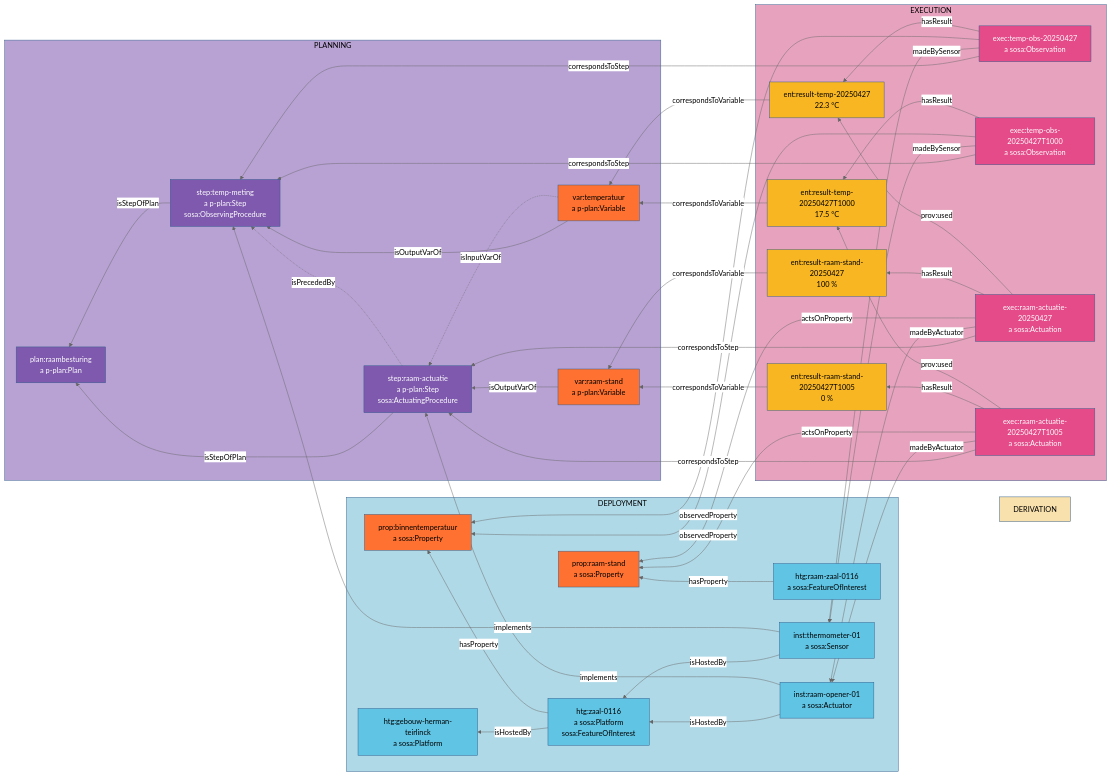
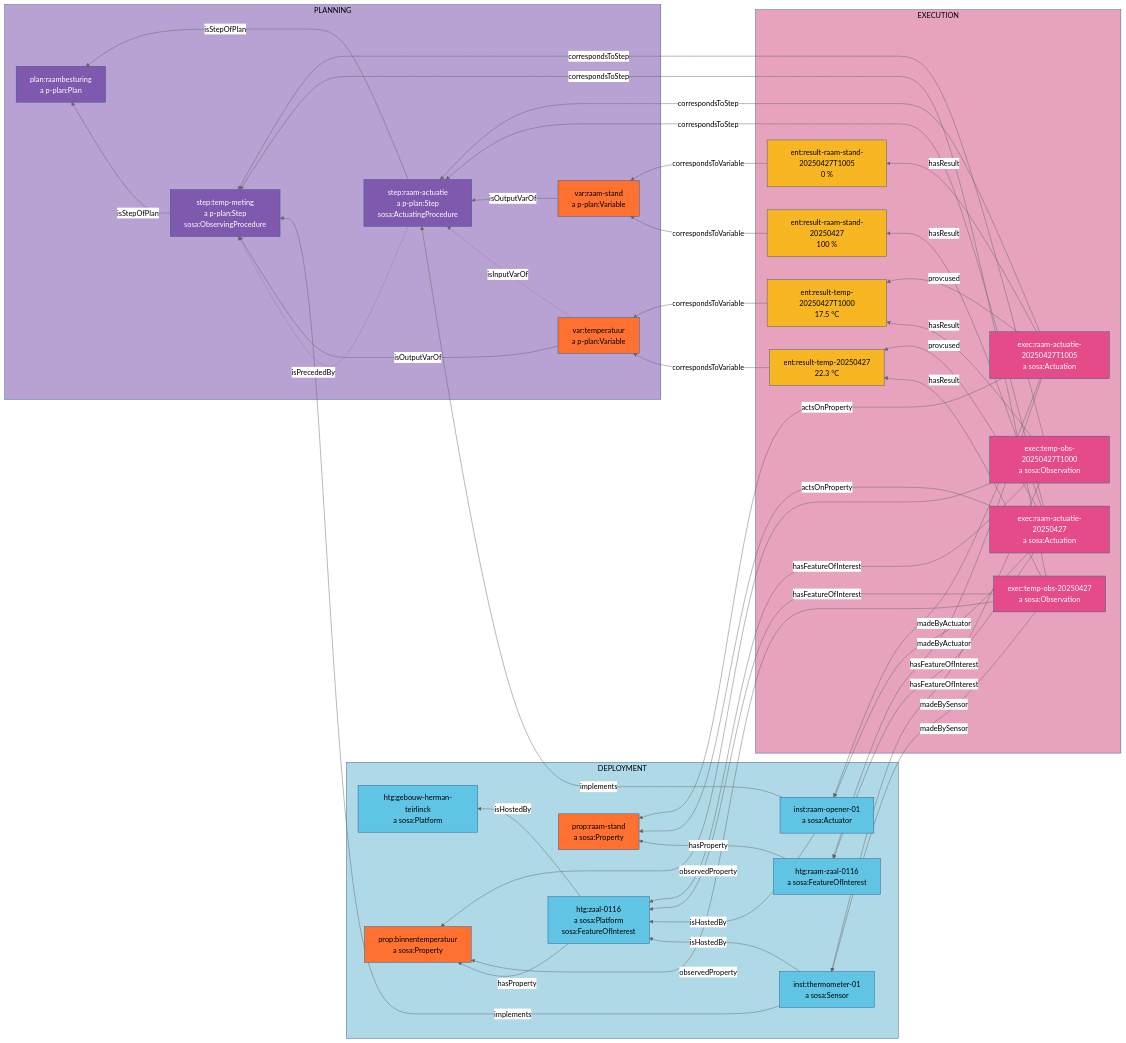
One commit to Informatievlaanderen/OSLOthema-SSNSOSA-VL changed the diagram in src/main/input/temperatuur-raam/temperatuur-raam.mmd. Above: the diagram before and after it, drawn with Mermaid (neutral theme). The commit also changed 1 other file, not shown here.

```diff
--- a/src/main/input/temperatuur-raam/temperatuur-raam.mmd
+++ b/src/main/input/temperatuur-raam/temperatuur-raam.mmd
@@ -1,115 +1,120 @@
 flowchart RL
 
 subgraph PLANNING["PLANNING"]
     Plan["plan:raambesturing\na p-plan:Plan"]
     StapTemp["step:temp-meting\na p-plan:Step\nsosa:ObservingProcedure"]
     StapRaam["step:raam-actuatie\na p-plan:Step\nsosa:ActuatingProcedure"]
     VarTemp["var:temperatuur\na p-plan:Variable"]
     VarRaamStand["var:raam-stand\na p-plan:Variable"]
 end
 
 subgraph DEPLOYMENT["DEPLOYMENT"]
     Gebouw["htg:gebouw-herman-teirlinck\na sosa:Platform"]
     Zaal["htg:zaal-0116\na sosa:Platform\nsosa:FeatureOfInterest"]
     Raam["htg:raam-zaal-0116\na sosa:FeatureOfInterest"]
     PropTemp["prop:binnentemperatuur\na sosa:Property"]
     PropRaam["prop:raam-stand\na sosa:Property"]
     Thermo["inst:thermometer-01\na sosa:Sensor"]
     RaamOpener["inst:raam-opener-01\na sosa:Actuator"]
 end
 
 subgraph EXECUTION["EXECUTION"]
     TempObs1["exec:temp-obs-20250427\na sosa:Observation"]
     ResultTemp1["ent:result-temp-20250427\n22.3 °C"]
     TempObs2["exec:temp-obs-20250427T1000\na sosa:Observation"]
     ResultTemp2["ent:result-temp-20250427T1000\n17.5 °C"]
 
         RaamAct1["exec:raam-actuatie-20250427\na sosa:Actuation"]
         ResultRaam1["ent:result-raam-stand-20250427\n100 %"]
         RaamAct2["exec:raam-actuatie-20250427T1005\na sosa:Actuation"]
         ResultRaam2["ent:result-raam-stand-20250427T1005\n0 %"]
 
 end
 
 %% Stijlen subgrafen
 style PLANNING fill:#b8a2d4,stroke:#2E5C8A,color:#000
 style DEPLOYMENT fill:#b0d9e7,stroke:#2E5C8A,color:#000
 style EXECUTION fill:#e7a3be,stroke:#2E5C8A,color:#000
-style DERIVATION fill:#f8e1ad,stroke:#2E5C8A,color:#000
 
 %% Stijlen planning-nodes
 style Plan fill:#7f59ae,stroke:#2E5C8A,color:#fff
 style StapTemp fill:#7f59ae,stroke:#2E5C8A,color:#fff
 style StapRaam fill:#7f59ae,stroke:#2E5C8A,color:#fff
 style VarTemp fill:#fe7130,stroke:#2E5C8A,color:#000
 style VarRaamStand fill:#fe7130,stroke:#2E5C8A,color:#000
 
 %% Stijlen deployment-nodes
 style Gebouw fill:#60c4e4,stroke:#2E5C8A,color:#000
 style Zaal fill:#60c4e4,stroke:#2E5C8A,color:#000
 style Raam fill:#60c4e4,stroke:#2E5C8A,color:#000
 style PropTemp fill:#fe7130,stroke:#2E5C8A,color:#000
 style PropRaam fill:#fe7130,stroke:#2E5C8A,color:#000
 style Thermo fill:#60c4e4,stroke:#2E5C8A,color:#000
 style RaamOpener fill:#60c4e4,stroke:#2E5C8A,color:#000
 
 %% Stijlen execution-nodes
 style TempObs1 fill:#e54b89,stroke:#2E5C8A,color:#fff
 style ResultTemp1 fill:#f8b622,stroke:#2E5C8A,color:#000
 style TempObs2 fill:#e54b89,stroke:#2E5C8A,color:#fff
 style ResultTemp2 fill:#f8b622,stroke:#2E5C8A,color:#000
 style RaamAct1 fill:#e54b89,stroke:#2E5C8A,color:#fff
 style ResultRaam1 fill:#f8b622,stroke:#2E5C8A,color:#000
 style RaamAct2 fill:#e54b89,stroke:#2E5C8A,color:#fff
 style ResultRaam2 fill:#f8b622,stroke:#2E5C8A,color:#000
 
 %% Planning-relaties
 StapTemp -->|isStepOfPlan| Plan
 StapRaam -->|isStepOfPlan| Plan
 StapRaam -.->|isPrecededBy| StapTemp
 VarTemp -->|isOutputVarOf| StapTemp
 VarTemp -.->|isInputVarOf| StapRaam
 VarRaamStand -->|isOutputVarOf| StapRaam
 
 %% Deployment-relaties
 Zaal -->|isHostedBy| Gebouw
 Thermo -->|isHostedBy| Zaal
 RaamOpener -->|isHostedBy| Zaal
 Zaal -->|hasProperty| PropTemp
 Raam -->|hasProperty| PropRaam
 Thermo -->|implements| StapTemp
 RaamOpener -->|implements| StapRaam
 
 %% Execution-relaties (naar stappen)
 TempObs1 -->|correspondsToStep| StapTemp
 TempObs2 -->|correspondsToStep| StapTemp
 RaamAct1 -->|correspondsToStep| StapRaam
 RaamAct2 -->|correspondsToStep| StapRaam
 
 %% Execution-relaties (naar sensoren/actuatoren)
 TempObs1 -->|madeBySensor| Thermo
 TempObs2 -->|madeBySensor| Thermo
 RaamAct1 -->|madeByActuator| RaamOpener
 RaamAct2 -->|madeByActuator| RaamOpener
 
 %% Execution-relaties (naar eigenschappen)
 TempObs1 -->|observedProperty| PropTemp
 TempObs2 -->|observedProperty| PropTemp
 RaamAct1 -->|actsOnProperty| PropRaam
 RaamAct2 -->|actsOnProperty| PropRaam
 
+%% Execution-relaties (naar features of interest)
+TempObs1 -->|hasFeatureOfInterest| Zaal
+TempObs2 -->|hasFeatureOfInterest| Zaal
+RaamAct1 -->|hasFeatureOfInterest| Raam
+RaamAct2 -->|hasFeatureOfInterest| Raam
+
 %% Execution-relaties (naar resultaten)
 TempObs1 -->|hasResult| ResultTemp1
 TempObs2 -->|hasResult| ResultTemp2
 RaamAct1 -->|hasResult| ResultRaam1
 RaamAct2 -->|hasResult| ResultRaam2
 
 %% Derivation-relaties
 RaamAct1 -->|prov:used| ResultTemp1
 RaamAct2 -->|prov:used| ResultTemp2
 
 %% Result → variabele
 ResultTemp1 -->|correspondsToVariable| VarTemp
 ResultTemp2 -->|correspondsToVariable| VarTemp
 ResultRaam1 -->|correspondsToVariable| VarRaamStand
 ResultRaam2 -->|correspondsToVariable| VarRaamStand
```
